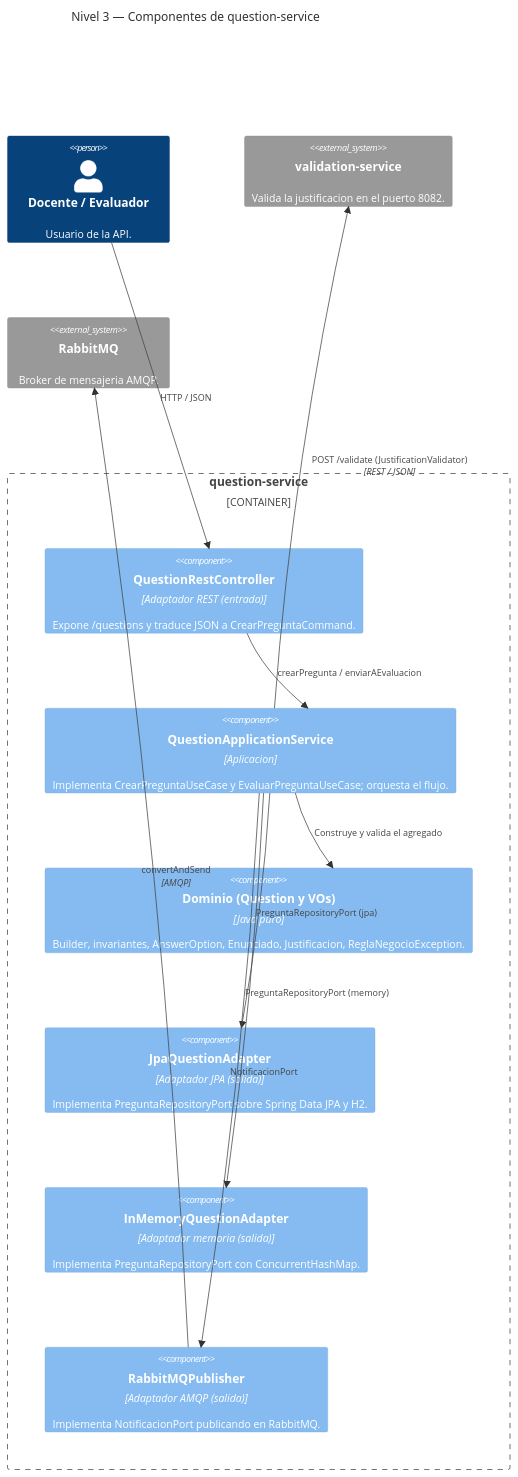
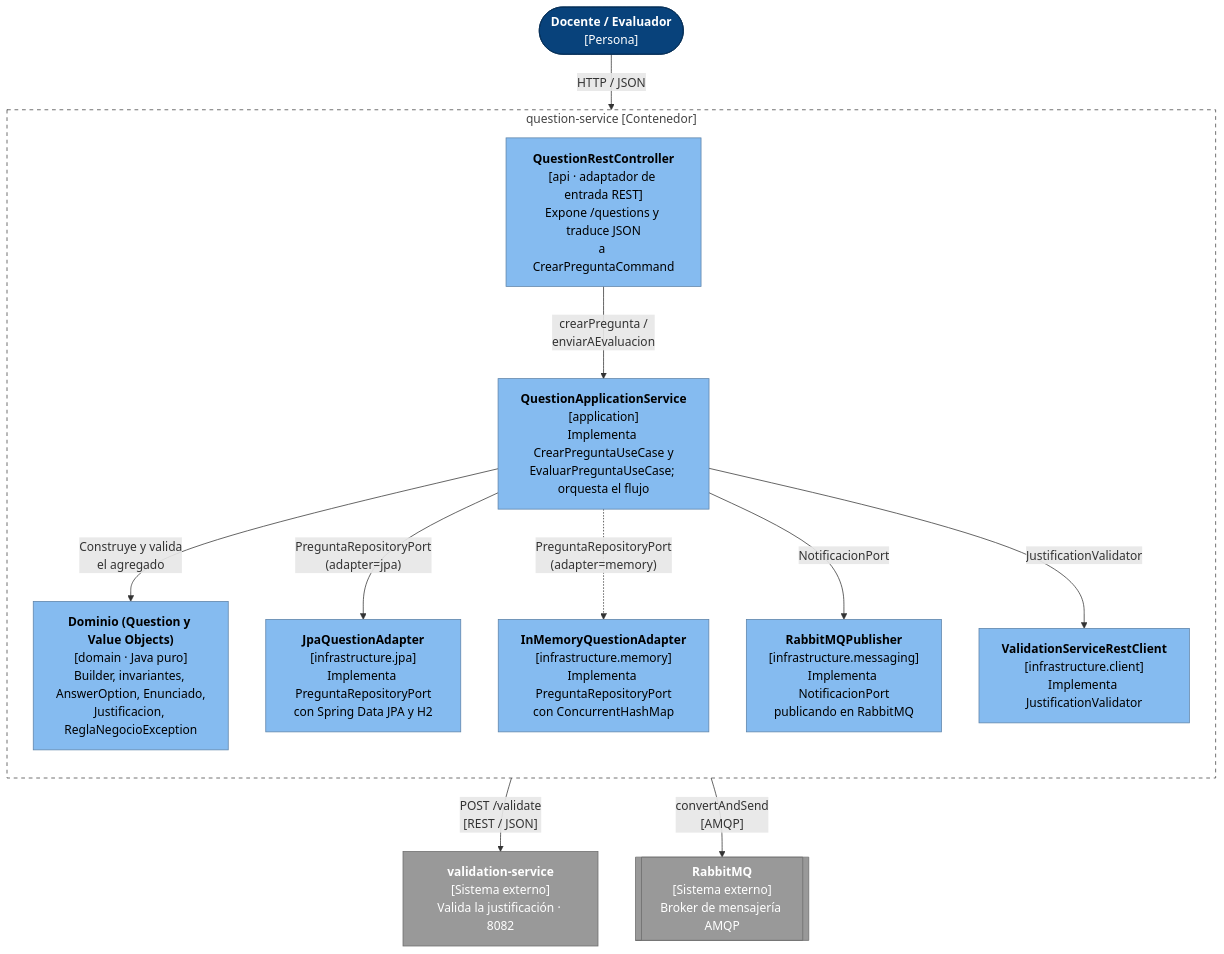
Before and after one commit to santyxswc/Lab_ing_softwareII: the third of 4 diagrams in saberpro-microservicios/docs/INFORME_TECNICO.md, drawn with Mermaid. The commit also changed other lines of this file and 13 other files, not shown here.

First line of the commit message:
docs(saberpro): informe final en formato institucional, diagramas C4 y capturas actualizadas

````diff
--- a/saberpro-microservicios/docs/INFORME_TECNICO.md
+++ b/saberpro-microservicios/docs/INFORME_TECNICO.md
@@ -206,26 +215,32 @@
 ```mermaid
-C4Component
-    title Nivel 3 — Componentes de question-service
-
-    Person(docente, "Docente / Evaluador", "Usuario de la API.")
-    System_Ext(v, "validation-service", "Valida la justificacion en el puerto 8082.")
-    System_Ext(rmq, "RabbitMQ", "Broker de mensajeria AMQP.")
-
-    Container_Boundary(q, "question-service") {
-        Component(rest, "QuestionRestController", "Adaptador REST (entrada)", "Expone /questions y traduce JSON a CrearPreguntaCommand.")
-        Component(svc, "QuestionApplicationService", "Aplicacion", "Implementa CrearPreguntaUseCase y EvaluarPreguntaUseCase; orquesta el flujo.")
-        Component(dom, "Dominio (Question y VOs)", "Java puro", "Builder, invariantes, AnswerOption, Enunciado, Justificacion, ReglaNegocioException.")
-        Component(jpa, "JpaQuestionAdapter", "Adaptador JPA (salida)", "Implementa PreguntaRepositoryPort sobre Spring Data JPA y H2.")
-        Component(mem, "InMemoryQuestionAdapter", "Adaptador memoria (salida)", "Implementa PreguntaRepositoryPort con ConcurrentHashMap.")
-        Component(pub, "RabbitMQPublisher", "Adaptador AMQP (salida)", "Implementa NotificacionPort publicando en RabbitMQ.")
-    }
-
-    Rel(docente, rest, "HTTP / JSON")
-    Rel(rest, svc, "crearPregunta / enviarAEvaluacion")
-    Rel(svc, dom, "Construye y valida el agregado")
-    Rel(svc, jpa, "PreguntaRepositoryPort (jpa)")
-    Rel(svc, mem, "PreguntaRepositoryPort (memory)")
-    Rel(svc, pub, "NotificacionPort")
-    Rel(svc, v, "POST /validate (JustificationValidator)", "REST / JSON")
-    Rel(pub, rmq, "convertAndSend", "AMQP")
+flowchart TB
+    docente(["<b>Docente / Evaluador</b><br/>[Persona]"])
+    subgraph qs["question-service [Contenedor]"]
+        direction TB
+        rest["<b>QuestionRestController</b><br/>[api · adaptador de entrada REST]<br/>Expone /questions y traduce JSON<br/>a CrearPreguntaCommand"]
+        svc["<b>QuestionApplicationService</b><br/>[application]<br/>Implementa CrearPreguntaUseCase y<br/>EvaluarPreguntaUseCase; orquesta el flujo"]
+        dom["<b>Dominio (Question y Value Objects)</b><br/>[domain · Java puro]<br/>Builder, invariantes, AnswerOption, Enunciado,<br/>Justificacion, ReglaNegocioException"]
+        jpa["<b>JpaQuestionAdapter</b><br/>[infrastructure.jpa]<br/>Implementa PreguntaRepositoryPort<br/>con Spring Data JPA y H2"]
+        mem["<b>InMemoryQuestionAdapter</b><br/>[infrastructure.memory]<br/>Implementa PreguntaRepositoryPort<br/>con ConcurrentHashMap"]
+        pub["<b>RabbitMQPublisher</b><br/>[infrastructure.messaging]<br/>Implementa NotificacionPort<br/>publicando en RabbitMQ"]
+        cli["<b>ValidationServiceRestClient</b><br/>[infrastructure.client]<br/>Implementa JustificationValidator"]
+    end
+    val["<b>validation-service</b><br/>[Sistema externo]<br/>Valida la justificación · 8082"]
+    mq[["<b>RabbitMQ</b><br/>[Sistema externo]<br/>Broker de mensajería AMQP"]]
+    docente -- "HTTP / JSON" --> rest
+    rest -- "crearPregunta /<br/>enviarAEvaluacion" --> svc
+    svc -- "Construye y valida<br/>el agregado" --> dom
+    svc -- "PreguntaRepositoryPort<br/>(adapter=jpa)" --> jpa
+    svc -. "PreguntaRepositoryPort<br/>(adapter=memory)" .-> mem
+    svc -- "NotificacionPort" --> pub
+    svc -- "JustificationValidator" --> cli
+    cli -- "POST /validate<br/>[REST / JSON]" --> val
+    pub -- "convertAndSend<br/>[AMQP]" --> mq
+    classDef persona fill:#08427b,stroke:#052e56,color:#ffffff
+    classDef comp fill:#85bbf0,stroke:#5d82a8,color:#000000
+    classDef ext fill:#999999,stroke:#6b6b6b,color:#ffffff
+    class docente persona
+    class rest,svc,dom,jpa,mem,pub,cli comp
+    class val,mq ext
+    style qs fill:#ffffff,stroke:#444444,stroke-dasharray: 5 5,color:#444444
 ```
````
